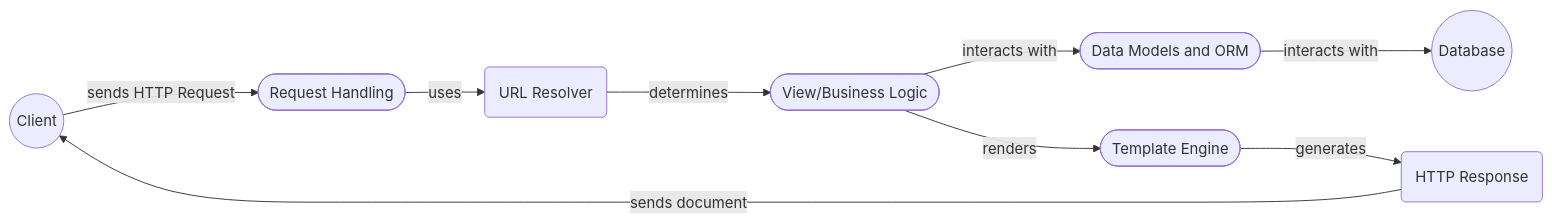
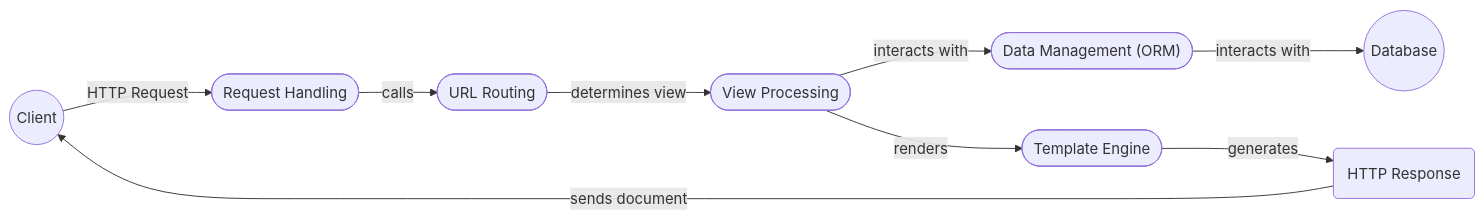
The diagram in django/on_boarding.md (CodeBoarding/GeneratedOnBoardings), drawn with Mermaid before and after one commit. The commit also changed other lines of this file and 6 other files, not shown here.

````diff
--- a/django/on_boarding.md
+++ b/django/on_boarding.md
@@ -7,16 +5,17 @@
 ```mermaid
 graph LR
-    Client((Client)) -- sends HTTP Request --> RequestHandler([Request Handling])
-    RequestHandler -- uses --> URLResolver(URL Resolver)
-    URLResolver -- determines --> View([View/Business Logic])
-    View -- interacts with --> ORM(["Data Models and ORM"])
+    Client((Client)) -- HTTP Request --> RequestHandler([Request Handling])
+    RequestHandler -- calls --> URLResolver([URL Routing])
+    URLResolver -- determines view --> View([View Processing])
+    View -- interacts with --> ORM(["Data Management (ORM)"]) 
     ORM -- interacts with --> Database((Database))
     View -- renders --> TemplateEngine([Template Engine])
-    TemplateEngine -- generates --> Response(HTTP Response)
-    Response -- sends document --> Client
+    TemplateEngine -- generates --> HTTPResponse(HTTP Response)
+    HTTPResponse -- sends document --> Client
 
 click RequestHandler href "https://github.com/CodeBoarding/GeneratedOnBoardings/blob/main/django//Request%20Handling.md"
-click View href "https://github.com/CodeBoarding/GeneratedOnBoardings/blob/main/django//View%20%Processing.md"
-click ORM href "https://github.com/CodeBoarding/GeneratedOnBoardings/blob/main/django//Data%20Models%20(ORM).md"
+click URLResolver href "https://github.com/CodeBoarding/GeneratedOnBoardings/blob/main/django//URL%20Routing.md"
+click View href "https://github.com/CodeBoarding/GeneratedOnBoardings/blob/main/django//View%20Processing.md"
+click ORM href "https://github.com/CodeBoarding/GeneratedOnBoardings/blob/main/django//Data%20Management%20(ORM).md"
 click TemplateEngine href "https://github.com/CodeBoarding/GeneratedOnBoardings/blob/main/django//Template%20Engine.md"
 ```
````
